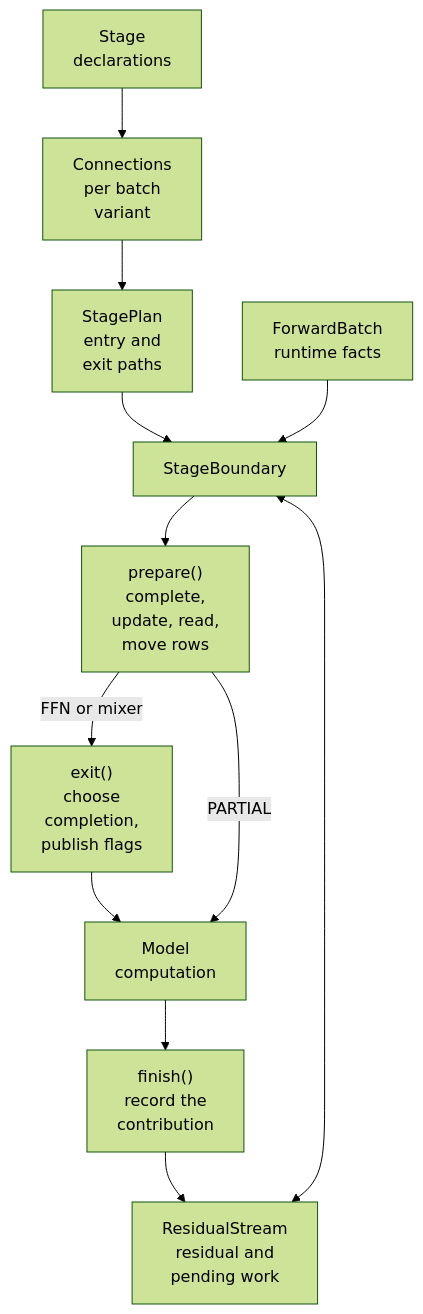
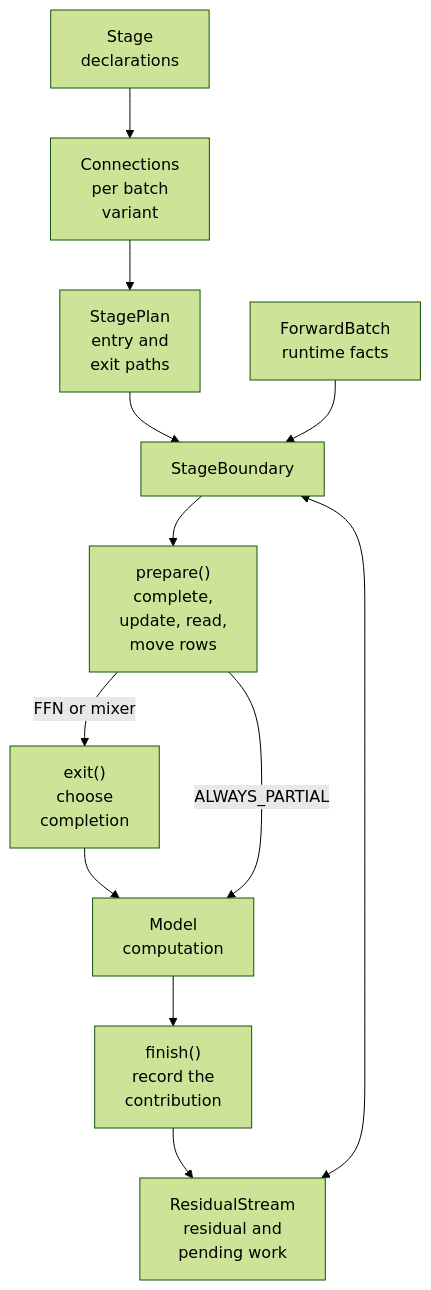
Before and after one commit to sgl-project/sglang: the diagram in docs/docs/developer_guide/layer_boundary.mdx, drawn with Mermaid (forest theme). The commit also changed other lines of this file and 2642 other files, not shown here.

````diff
--- a/docs/docs/developer_guide/layer_boundary.mdx
+++ b/docs/docs/developer_guide/layer_boundary.mdx
@@ -268,14 +272,14 @@
 ```mermaid
 flowchart TD
     D["Stage<br/>declarations"] --> C["Connections<br/>per batch<br/>variant"]
     C --> P["StagePlan<br/>entry and<br/>exit paths"]
     P --> B["StageBoundary"]
     F["ForwardBatch<br/>runtime facts"] --> B
     S["ResidualStream<br/>residual and<br/>pending work"] <--> B
     B --> I["prepare()<br/>complete,<br/>update, read,<br/>move rows"]
-    I -->|"FFN or mixer"| X["exit()<br/>choose<br/>completion,<br/>publish flags"]
+    I -->|"FFN or mixer"| X["exit()<br/>choose<br/>completion"]
     X --> M["Model<br/>computation"]
-    I -->|"PARTIAL"| M
+    I -->|"ALWAYS_PARTIAL"| M
     M --> O["finish()<br/>record the<br/>contribution"]
     O --> S
 ```
````
